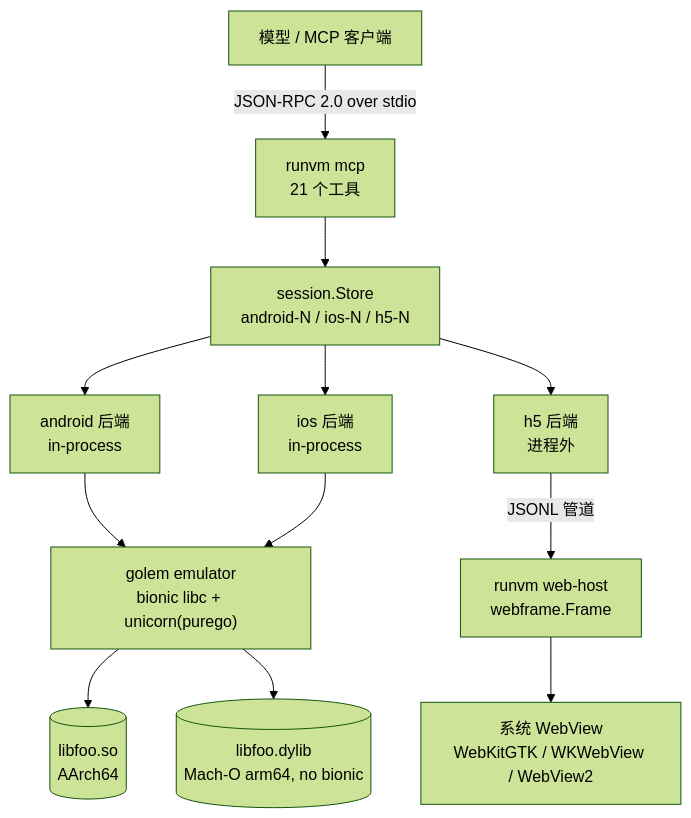
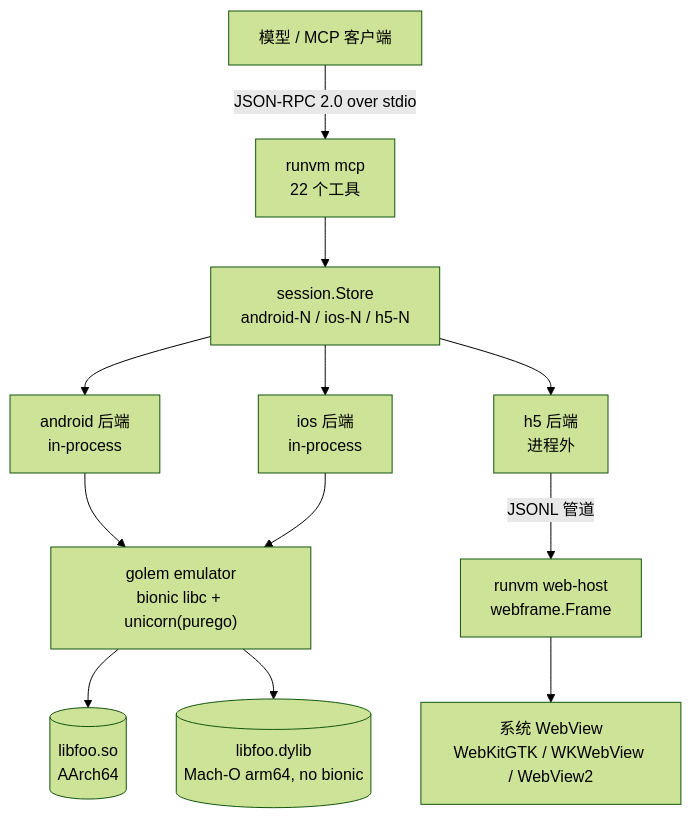
One commit to dolfly/runvm changed the diagram in README.md. Above: the diagram before and after it, drawn with Mermaid (forest theme). The commit also changed other lines of this file and 4 other files, not shown here.

````diff
--- a/README.md
+++ b/README.md
@@ -26,14 +26,14 @@
 ```mermaid
 flowchart TB
-  M["模型 / MCP 客户端"] -->|"JSON-RPC 2.0 over stdio"| S["runvm mcp<br/>21 个工具"]
+  M["模型 / MCP 客户端"] -->|"JSON-RPC 2.0 over stdio"| S["runvm mcp<br/>22 个工具"]
   S --> REG["session.Store<br/>android-N / ios-N / h5-N"]
   REG --> A["android 后端<br/>in-process"]
   REG --> I["ios 后端<br/>in-process"]
   REG --> H["h5 后端<br/>进程外"]
   A --> G["golem emulator<br/>bionic libc + unicorn(purego)"]
   G --> SO[("libfoo.so<br/>AArch64")]
   I --> G
   G --> DY[("libfoo.dylib<br/>Mach-O arm64, no bionic")]
   H -->|"JSONL 管道"| W["runvm web-host<br/>webframe.Frame"]
   W --> K["系统 WebView<br/>WebKitGTK / WKWebView / WebView2"]
 ```
````
